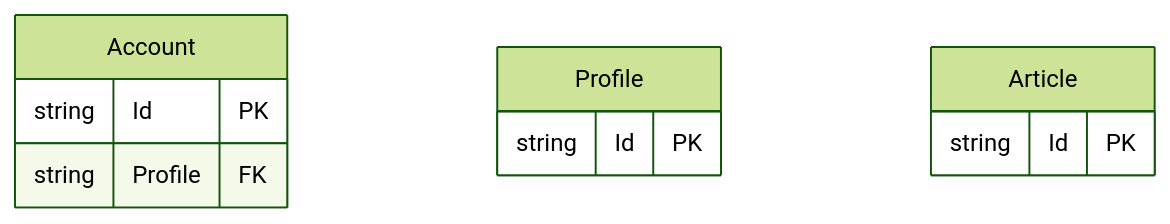
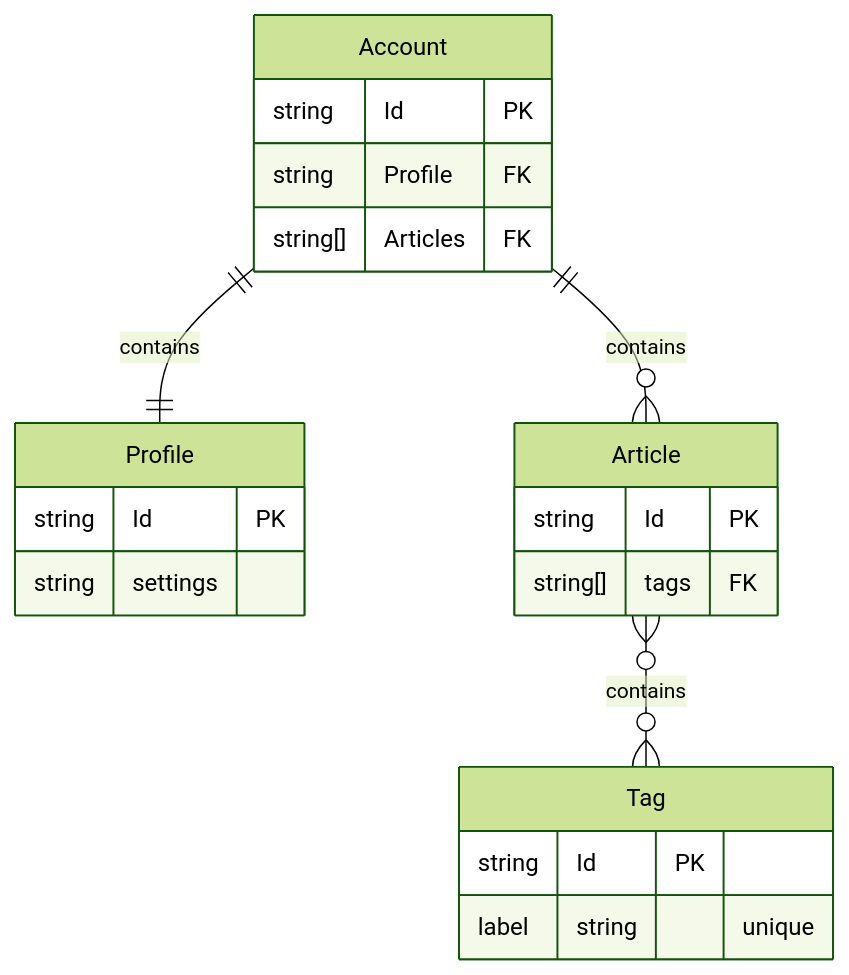
The fourth of 5 diagrams in Capstone/Diagrams.md (4ry1337/my-obsidian), drawn with Mermaid (forest theme) before and after one commit.

Commit message:
vault backup: 2024-01-14 13:57:11

````diff
--- a/Capstone/Diagrams.md
+++ b/Capstone/Diagrams.md
@@ -89,14 +89,24 @@
 ```mermaid
 erDiagram
 	Account {
 		string Id PK
 		string Profile FK
+		string[] Articles FK
+		
 	}
 	Profile {
 		string Id PK
+		string settings
 	}
-	Account  Profile
 	Article {
 		string Id PK
+		string[] tags FK
 	}
+	Tag {
+		string Id PK
+		label string "unique"
+	}
+	Account ||--|| Profile : contains
+	Account ||--o{ Article : contains
+	Article }o--o{ Tag : contains
 ```
````
